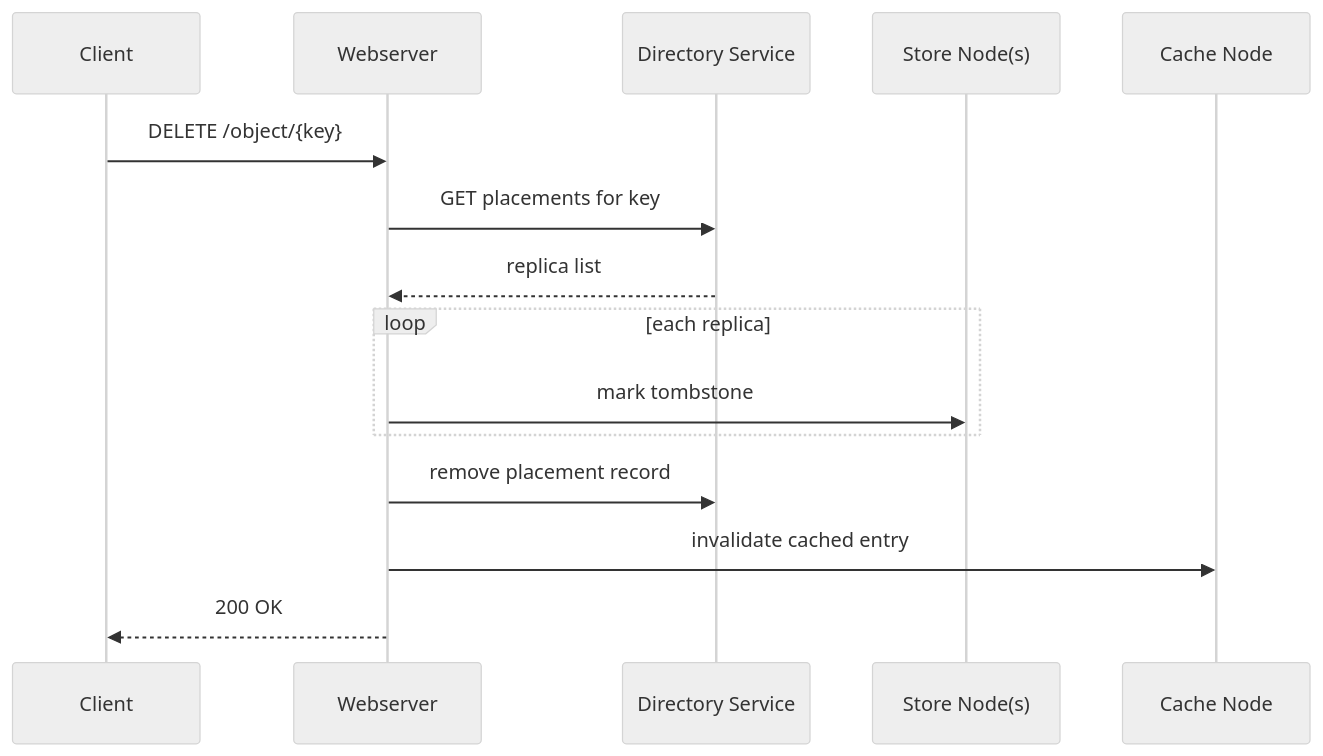
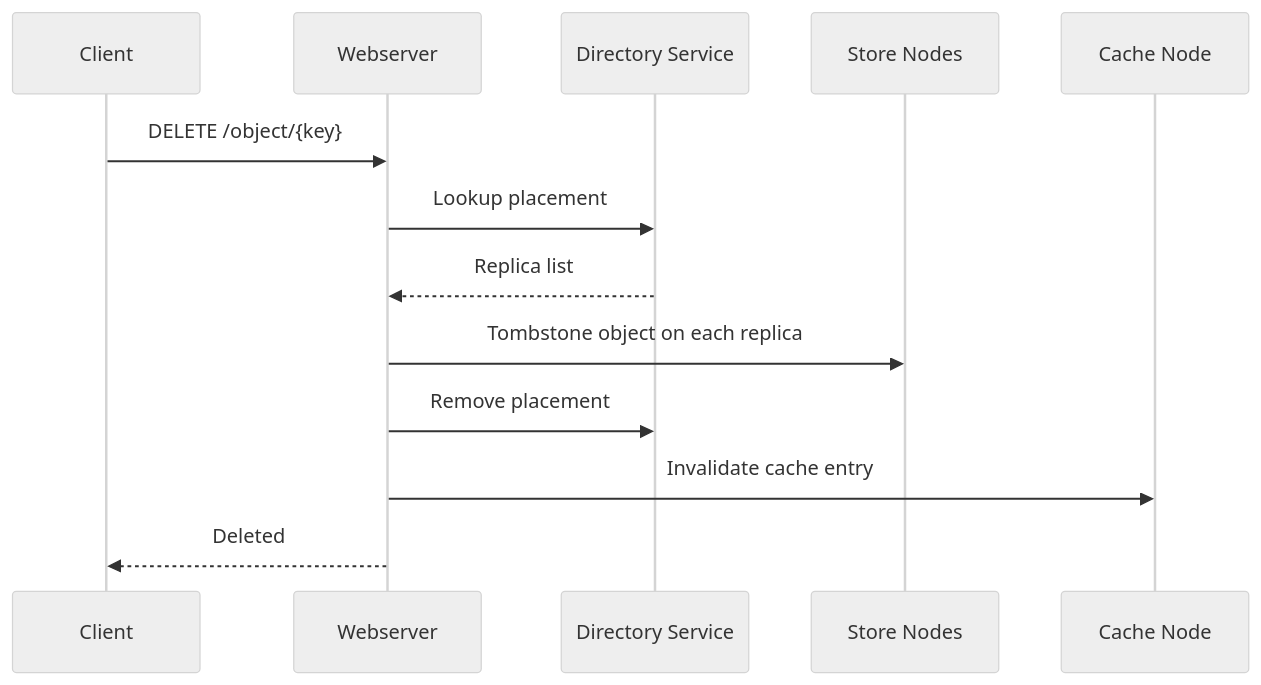
Before and after one commit to Rammanideep-ghantasala/-Haystack-Object-Storage-with-Dynamic-Replication: the fifth of 5 diagrams in README.md, drawn with Mermaid (neutral theme). The commit also changed other lines of this file, not shown here.

````diff
--- a/README.md
+++ b/README.md
@@ -233,18 +284,16 @@
 ```mermaid
 sequenceDiagram
     participant C as Client
     participant W as Webserver
     participant D as Directory Service
-    participant S as Store Node(s)
-    participant Ca as Cache Node
+    participant S as Store Nodes
+    participant Cache as Cache Node
 
     C->>W: DELETE /object/{key}
-    W->>D: GET placements for key
-    D-->>W: replica list
-    loop each replica
-        W->>S: mark tombstone
-    end
-    W->>D: remove placement record
-    W->>Ca: invalidate cached entry
-    W-->>C: 200 OK
+    W->>D: Lookup placement
+    D-->>W: Replica list
+    W->>S: Tombstone object on each replica
+    W->>D: Remove placement
+    W->>Cache: Invalidate cache entry
+    W-->>C: Deleted
 ```
````
